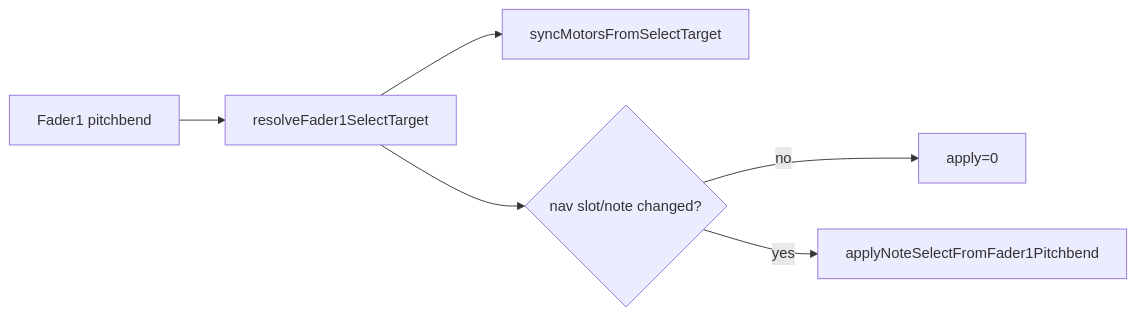
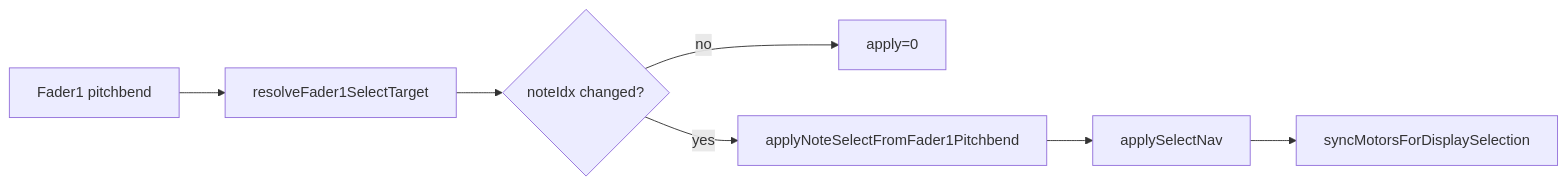
One commit to Lytrix/MidiLooper changed the diagram in docs/plans/note_edit_fader_feedback_selection_driven_refactor.md. Above: the diagram before and after it, drawn with Mermaid. The commit also changed other lines of this file and 49 other files, not shown here.

````diff
--- a/docs/plans/note_edit_fader_feedback_selection_driven_refactor.md
+++ b/docs/plans/note_edit_fader_feedback_selection_driven_refactor.md
@@ -48,8 +48,9 @@
 ```mermaid
 flowchart LR
     pb[Fader1 pitchbend] --> resolve[resolveFader1SelectTarget]
-    resolve --> sync[syncMotorsFromSelectTarget]
-    resolve --> gate{"nav slot/note changed?"}
+    resolve --> gate{"noteIdx changed?"}
     gate -->|no| stop[apply=0]
     gate -->|yes| apply[applyNoteSelectFromFader1Pitchbend]
+    apply --> nav[applySelectNav]
+    nav --> sync[syncMotorsForDisplaySelection]
 ```
````
